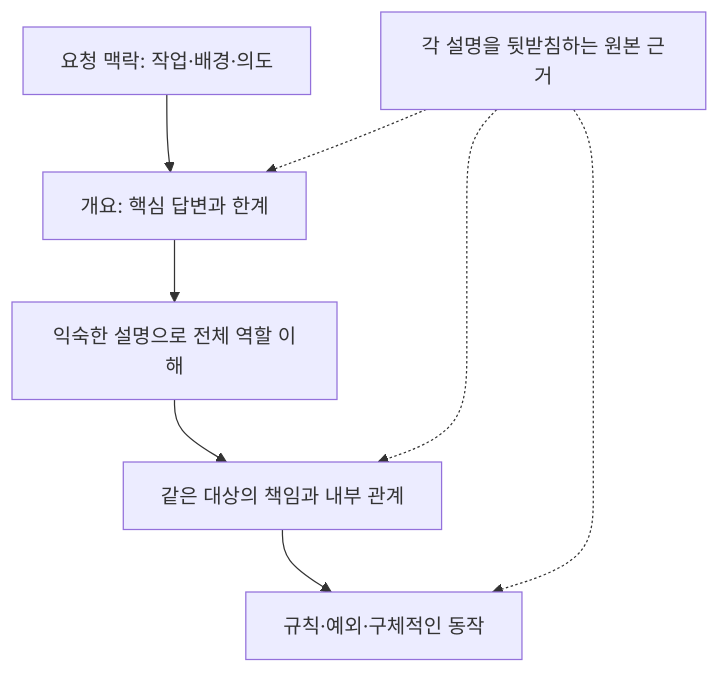
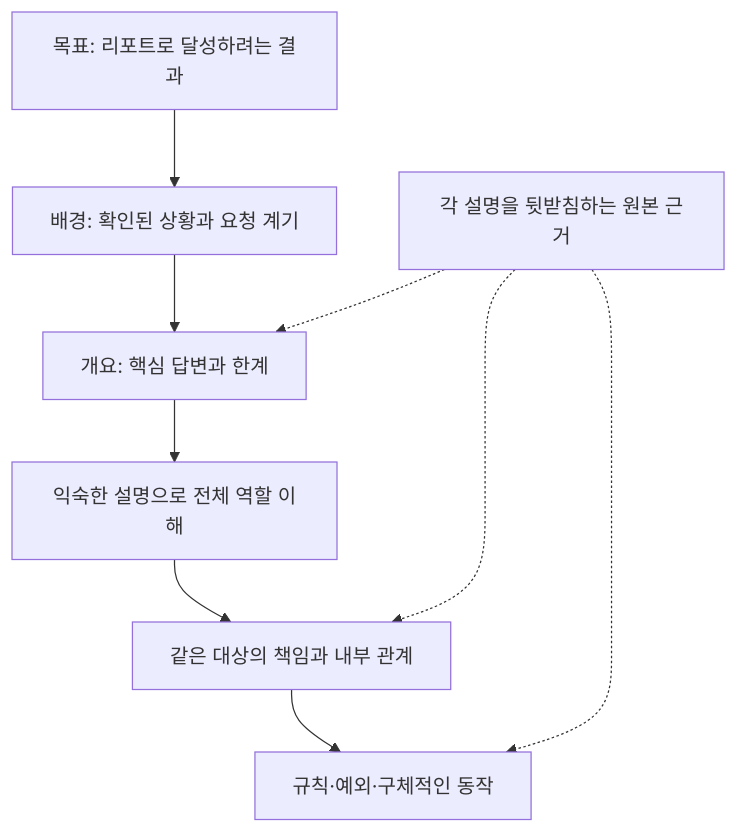
The diagram in docs/adr/reporting/domain-navigation/0001-domain-first-report-navigation.md (haandol/alps-writer-plugins), drawn with Mermaid before and after one commit. The commit also changed other lines of this file and 36 other files, not shown here.

````diff
--- a/docs/adr/reporting/domain-navigation/0001-domain-first-report-navigation.md
+++ b/docs/adr/reporting/domain-navigation/0001-domain-first-report-navigation.md
@@ -52,10 +54,11 @@
 ```mermaid
 flowchart TD
-    R["요청 맥락: 작업·배경·의도"] --> A["개요: 핵심 답변과 한계"]
+    P["목표: 리포트로 달성하려는 결과"] --> R["배경: 확인된 상황과 요청 계기"]
+    R --> A["개요: 핵심 답변과 한계"]
     A --> B["익숙한 설명으로 전체 역할 이해"]
     B --> C["같은 대상의 책임과 내부 관계"]
     C --> D["규칙·예외·구체적인 동작"]
     E["각 설명을 뒷받침하는 원본 근거"] -.-> A
     E -.-> C
     E -.-> D
 ```
````
